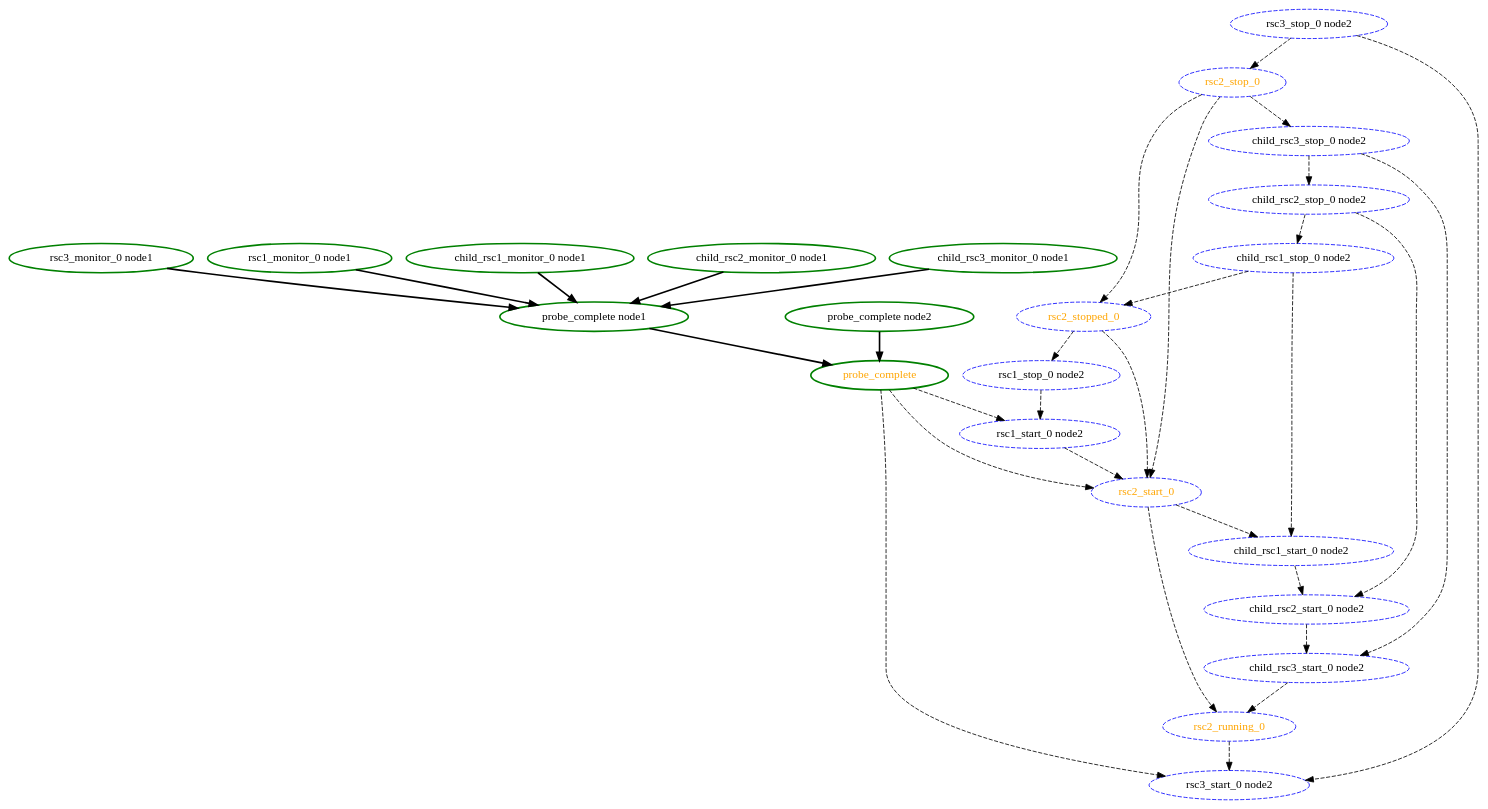
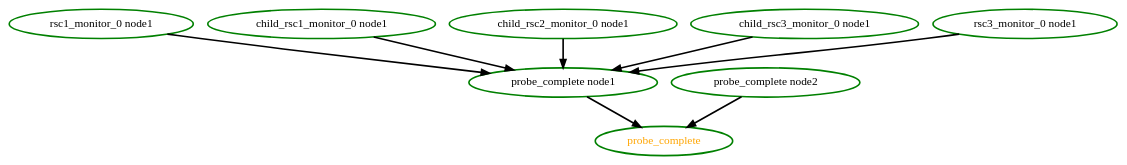
Before and after one commit to richiewen8/heartbeat: the diagram in crm/pengine/testcases/group4.dot, drawn with Graphviz. The commit also changed 100 other files, not shown here.

```diff
--- a/crm/pengine/testcases/group4.dot
+++ b/crm/pengine/testcases/group4.dot
@@ -1,56 +1,18 @@
 digraph "g" {
 	size = "30,30"
 "probe_complete" [ style=bold color="green" fontcolor="orange" ]
 "probe_complete node1" [ style=bold color="green" fontcolor="black" ]
 "rsc1_monitor_0 node1" [ style=bold color="green" fontcolor="black" ]
 "child_rsc1_monitor_0 node1" [ style=bold color="green" fontcolor="black" ]
 "child_rsc2_monitor_0 node1" [ style=bold color="green" fontcolor="black" ]
 "child_rsc3_monitor_0 node1" [ style=bold color="green" fontcolor="black" ]
 "rsc3_monitor_0 node1" [ style=bold color="green" fontcolor="black" ]
 "probe_complete node2" [ style=bold color="green" fontcolor="black" ]
-"rsc1_stop_0 node2" [ style="dashed" color="blue" fontcolor="black" ]
-"rsc1_start_0 node2" [ style="dashed" color="blue" fontcolor="black" ]
-"child_rsc1_stop_0 node2" [ style="dashed" color="blue" fontcolor="black" ]
-"child_rsc1_start_0 node2" [ style="dashed" color="blue" fontcolor="black" ]
-"child_rsc2_stop_0 node2" [ style="dashed" color="blue" fontcolor="black" ]
-"child_rsc2_start_0 node2" [ style="dashed" color="blue" fontcolor="black" ]
-"child_rsc3_stop_0 node2" [ style="dashed" color="blue" fontcolor="black" ]
-"child_rsc3_start_0 node2" [ style="dashed" color="blue" fontcolor="black" ]
-"rsc2_start_0" [ style="dashed" color="blue" fontcolor="orange" ]
-"rsc2_running_0" [ style="dashed" color="blue" fontcolor="orange" ]
-"rsc2_stop_0" [ style="dashed" color="blue" fontcolor="orange" ]
-"rsc2_stopped_0" [ style="dashed" color="blue" fontcolor="orange" ]
-"rsc3_stop_0 node2" [ style="dashed" color="blue" fontcolor="black" ]
-"rsc3_start_0 node2" [ style="dashed" color="blue" fontcolor="black" ]
 "probe_complete node1" -> "probe_complete" [ style = bold]
 "probe_complete node2" -> "probe_complete" [ style = bold]
 "rsc1_monitor_0 node1" -> "probe_complete node1" [ style = bold]
 "child_rsc1_monitor_0 node1" -> "probe_complete node1" [ style = bold]
 "child_rsc2_monitor_0 node1" -> "probe_complete node1" [ style = bold]
 "child_rsc3_monitor_0 node1" -> "probe_complete node1" [ style = bold]
 "rsc3_monitor_0 node1" -> "probe_complete node1" [ style = bold]
-"rsc2_stopped_0" -> "rsc1_stop_0 node2" [ style = dashed]
-"probe_complete" -> "rsc1_start_0 node2" [ style = dashed]
-"rsc1_stop_0 node2" -> "rsc1_start_0 node2" [ style = dashed]
-"child_rsc2_stop_0 node2" -> "child_rsc1_stop_0 node2" [ style = dashed]
-"child_rsc1_stop_0 node2" -> "child_rsc1_start_0 node2" [ style = dashed]
-"rsc2_start_0" -> "child_rsc1_start_0 node2" [ style = dashed]
-"child_rsc3_stop_0 node2" -> "child_rsc2_stop_0 node2" [ style = dashed]
-"child_rsc2_stop_0 node2" -> "child_rsc2_start_0 node2" [ style = dashed]
-"child_rsc1_start_0 node2" -> "child_rsc2_start_0 node2" [ style = dashed]
-"rsc2_stop_0" -> "child_rsc3_stop_0 node2" [ style = dashed]
-"child_rsc3_stop_0 node2" -> "child_rsc3_start_0 node2" [ style = dashed]
-"child_rsc2_start_0 node2" -> "child_rsc3_start_0 node2" [ style = dashed]
-"rsc1_start_0 node2" -> "rsc2_start_0" [ style = dashed]
-"probe_complete" -> "rsc2_start_0" [ style = dashed]
-"rsc2_stop_0" -> "rsc2_start_0" [ style = dashed]
-"rsc2_stopped_0" -> "rsc2_start_0" [ style = dashed]
-"rsc2_start_0" -> "rsc2_running_0" [ style = dashed]
-"child_rsc3_start_0 node2" -> "rsc2_running_0" [ style = dashed]
-"rsc3_stop_0 node2" -> "rsc2_stop_0" [ style = dashed]
-"rsc2_stop_0" -> "rsc2_stopped_0" [ style = dashed]
-"child_rsc1_stop_0 node2" -> "rsc2_stopped_0" [ style = dashed]
-"rsc2_running_0" -> "rsc3_start_0 node2" [ style = dashed]
-"probe_complete" -> "rsc3_start_0 node2" [ style = dashed]
-"rsc3_stop_0 node2" -> "rsc3_start_0 node2" [ style = dashed]
 }
```
